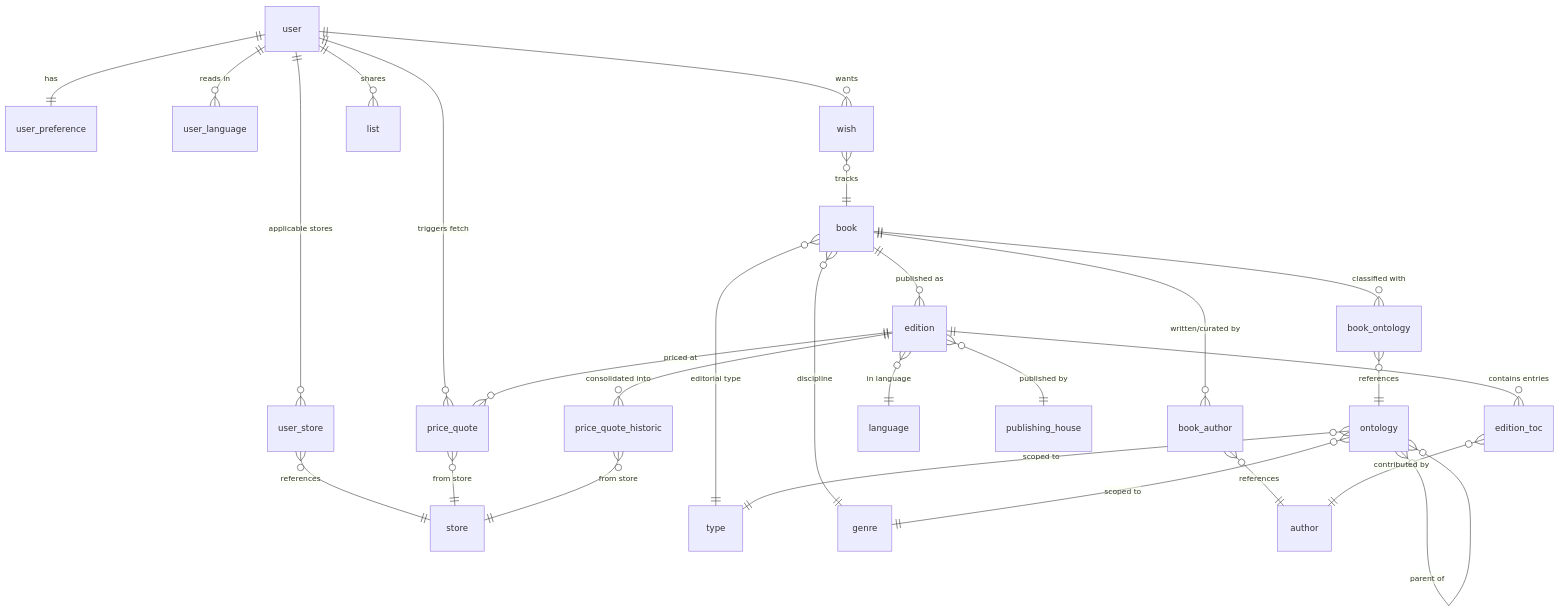
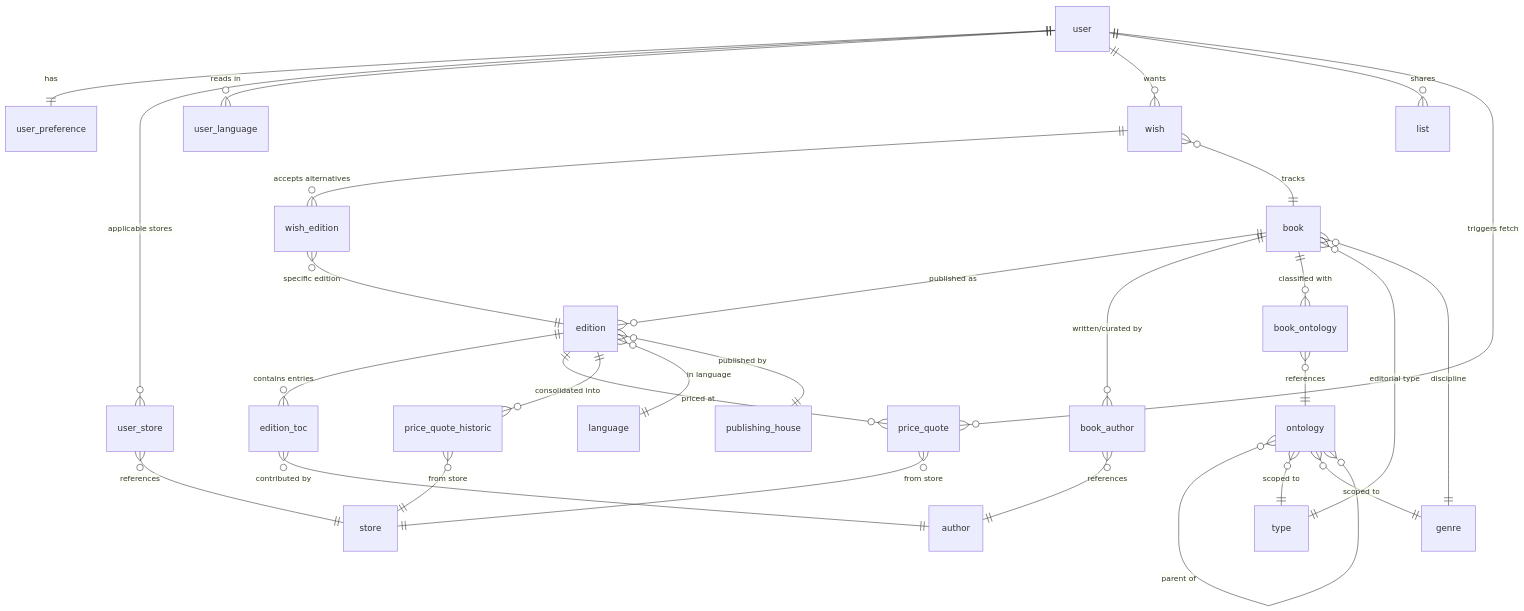
The diagram in docs/explanation/data-model.md (Zolletta/TomeTrove), drawn with Mermaid before and after one commit. The commit also changed other lines of this file and 29 other files, not shown here.

````diff
--- a/docs/explanation/data-model.md
+++ b/docs/explanation/data-model.md
@@ -9,37 +9,39 @@
 ```mermaid
 erDiagram
     user ||--|| user_preference : has
     user ||--o{ user_store : "applicable stores"
     user ||--o{ user_language : "reads in"
     user ||--o{ wish : "wants"
     user ||--o{ list : "shares"
     user ||--o{ price_quote : "triggers fetch"
 
     user_store }o--|| store : references
 
+    wish ||--o{ wish_edition : "accepts alternatives"
     wish }o--|| book : tracks
+    wish_edition }o--|| edition : "specific edition"
 
     book ||--o{ edition : "published as"
     book ||--o{ book_author : "written/curated by"
     book ||--o{ book_ontology : "classified with"
     book }o--|| type : "editorial type"
     book }o--|| genre : "discipline"
 
     book_author }o--|| author : references
 
     edition ||--o{ edition_toc : "contains entries"
     edition ||--o{ price_quote : "priced at"
     edition ||--o{ price_quote_historic : "consolidated into"
     edition }o--|| language : "in language"
     edition }o--|| publishing_house : "published by"
 
     edition_toc }o--|| author : "contributed by"
 
     book_ontology }o--|| ontology : references
     ontology }o--o{ ontology : "parent of"
     ontology }o--|| type : "scoped to"
     ontology }o--|| genre : "scoped to"
 
     price_quote }o--|| store : "from store"
     price_quote_historic }o--|| store : "from store"
 ```
````
